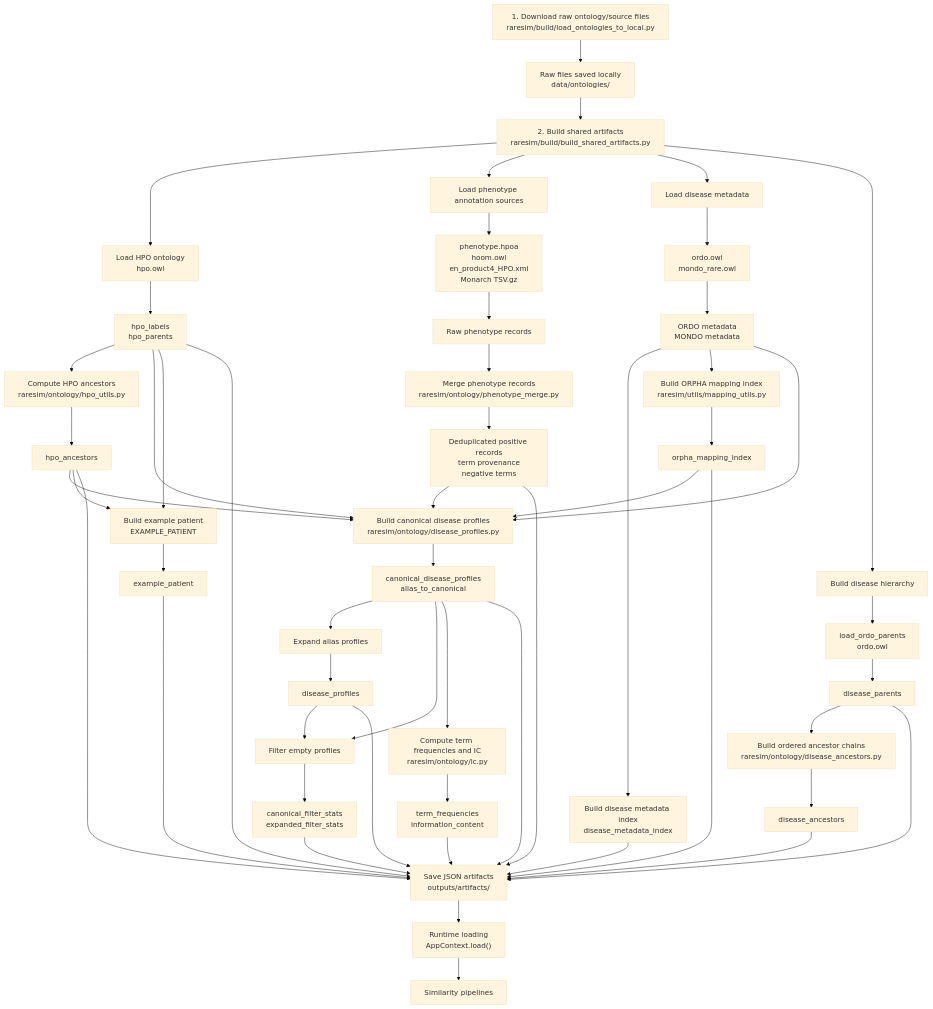
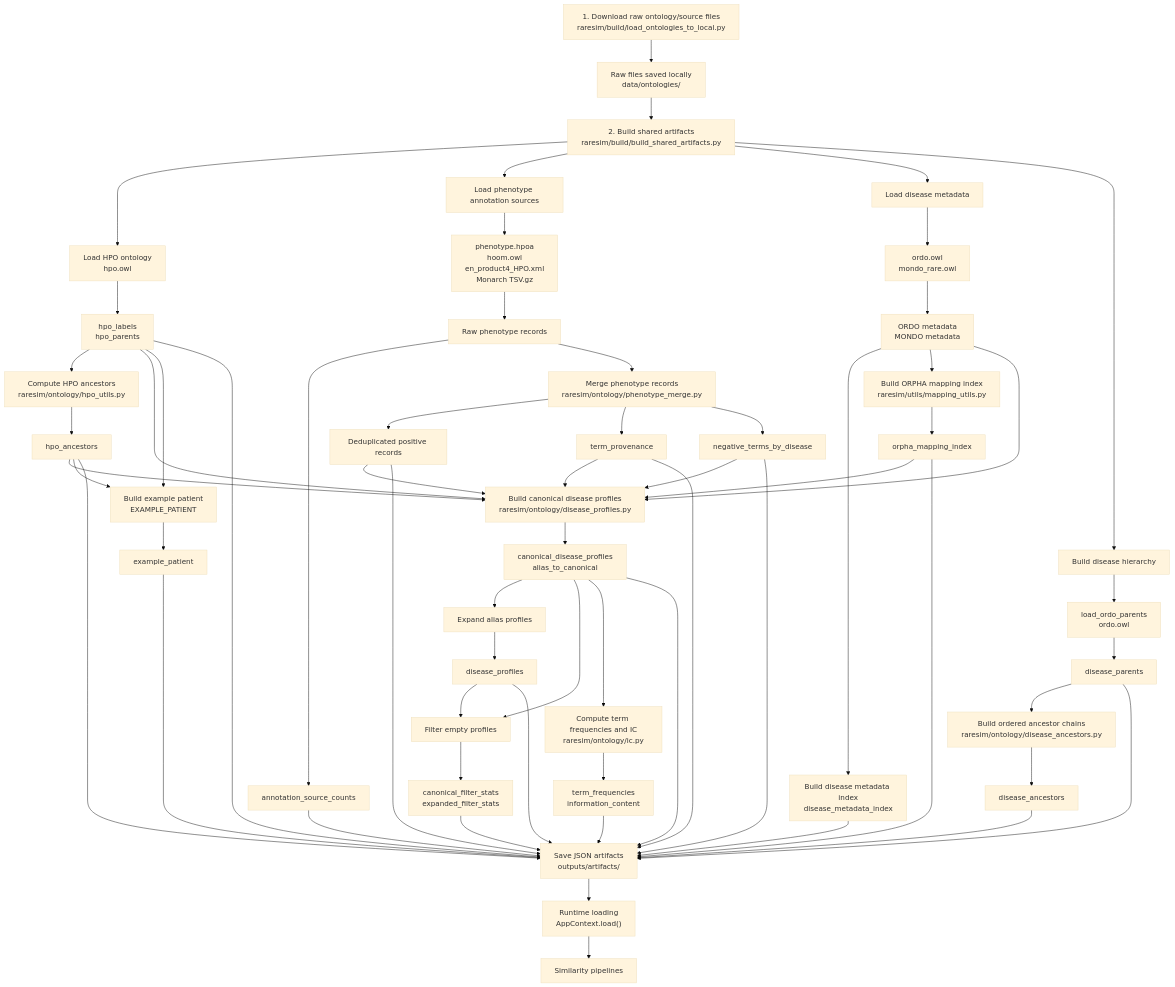
The diagram in wiki/artifacts/full-workflow.md (Alizzie/RareSim-Master-Project-), drawn with Mermaid (base theme) before and after one commit. The commit also changed 16 other files, not shown here.

````diff
--- a/wiki/artifacts/full-workflow.md
+++ b/wiki/artifacts/full-workflow.md
@@ -3,68 +3,76 @@
 ```mermaid
 flowchart TD
     A["1. Download raw ontology/source files<br/>raresim/build/load_ontologies_to_local.py"] --> B["Raw files saved locally<br/>data/ontologies/"]
 
     B --> C["2. Build shared artifacts<br/>raresim/build/build_shared_artifacts.py"]
 
     C --> D["Load HPO ontology<br/>hpo.owl"]
     D --> D1["hpo_labels<br/>hpo_parents"]
     D1 --> D2["Compute HPO ancestors<br/>raresim/ontology/hpo_utils.py"]
     D2 --> D3["hpo_ancestors"]
 
     C --> E["Load phenotype annotation sources"]
     E --> E1["phenotype.hpoa<br/>hoom.owl<br/>en_product4_HPO.xml<br/>Monarch TSV.gz"]
     E1 --> E2["Raw phenotype records"]
+    E2 --> EC["annotation_source_counts"]
     E2 --> E3["Merge phenotype records<br/>raresim/ontology/phenotype_merge.py"]
-    E3 --> E4["Deduplicated positive records<br/>term provenance<br/>negative terms"]
+    E3 --> E4["Deduplicated positive records"]
+    E3 --> EP["term_provenance"]
+    E3 --> EN["negative_terms_by_disease"]
 
     C --> F["Load disease metadata"]
     F --> F1["ordo.owl<br/>mondo_rare.owl"]
     F1 --> F2["ORDO metadata<br/>MONDO metadata"]
     F2 --> F3["Build disease metadata index<br/>disease_metadata_index"]
 
     F2 --> G["Build ORPHA mapping index<br/>raresim/utils/mapping_utils.py"]
     G --> G1["orpha_mapping_index"]
 
     E4 --> H["Build canonical disease profiles<br/>raresim/ontology/disease_profiles.py"]
+    EP --> H
+    EN --> H
     D3 --> H
     D1 --> H
     F2 --> H
     G1 --> H
 
     H --> H1["canonical_disease_profiles<br/>alias_to_canonical"]
     H1 --> I["Expand alias profiles"]
     I --> I1["disease_profiles"]
 
     H1 --> J["Filter empty profiles"]
     I1 --> J
     J --> J1["canonical_filter_stats<br/>expanded_filter_stats"]
 
     C --> K["Build disease hierarchy"]
     K --> K1["load_ordo_parents<br/>ordo.owl"]
     K1 --> K2["disease_parents"]
     K2 --> K3["Build ordered ancestor chains<br/>raresim/ontology/disease_ancestors.py"]
     K3 --> K4["disease_ancestors"]
 
     H1 --> L["Compute term frequencies and IC<br/>raresim/ontology/ic.py"]
     L --> L1["term_frequencies<br/>information_content"]
 
     D1 --> M["Build example patient<br/>EXAMPLE_PATIENT"]
     D3 --> M
     M --> M1["example_patient"]
 
     D1 --> N["Save JSON artifacts<br/>outputs/artifacts/"]
     D3 --> N
+    EC --> N
+    EP --> N
+    EN --> N
     E4 --> N
     F3 --> N
     G1 --> N
     H1 --> N
     I1 --> N
     J1 --> N
     K2 --> N
     K4 --> N
     L1 --> N
     M1 --> N
 
     N --> O["Runtime loading<br/>AppContext.load()"]
     O --> P["Similarity pipelines"]
 ```
````
